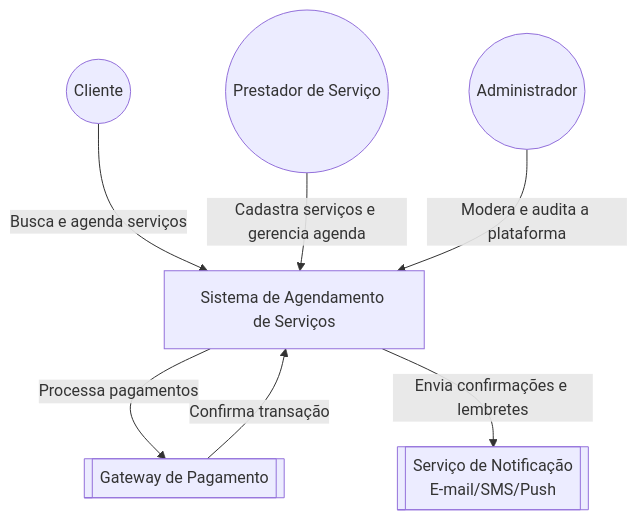
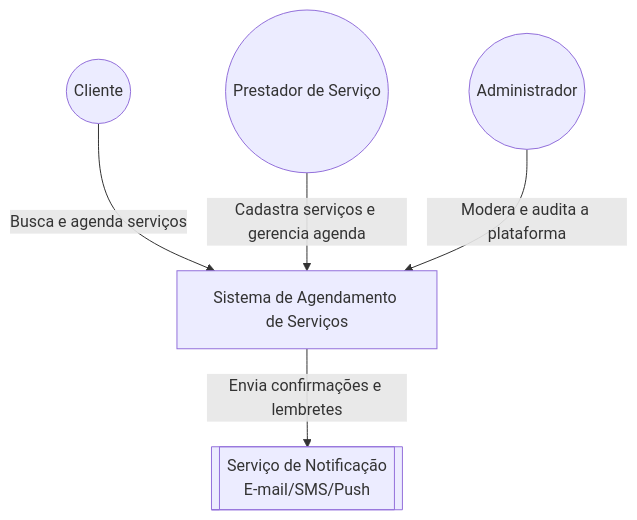
One commit to LayssaRD/Desenvolvimento-Sistema-Corporativo changed the first of 4 diagrams in PROPOSTA_INICIAL.md. Above: the diagram before and after it, drawn with Mermaid. The commit also changed other lines of this file, not shown here.

Commit message:
Ajuste nos Diagramas de Ecossistema e Módulos

````diff
--- a/PROPOSTA_INICIAL.md
+++ b/PROPOSTA_INICIAL.md
@@ -68,19 +68,16 @@
 ```mermaid
 flowchart TB
     Cliente((Cliente))
     Prestador((Prestador de Serviço))
     Admin((Administrador))
 
     Sistema[Sistema de Agendamento de Serviços]
 
-    Pagamento[[Gateway de Pagamento]]
     Notificacao[[Serviço de Notificação\nE-mail/SMS/Push]]
 
     Cliente -->|Busca e agenda serviços| Sistema
     Prestador -->|Cadastra serviços e gerencia agenda| Sistema
     Admin -->|Modera e audita a plataforma| Sistema
 
-    Sistema -->|Processa pagamentos| Pagamento
     Sistema -->|Envia confirmações e lembretes| Notificacao
-    Pagamento -->|Confirma transação| Sistema
 ```
````
